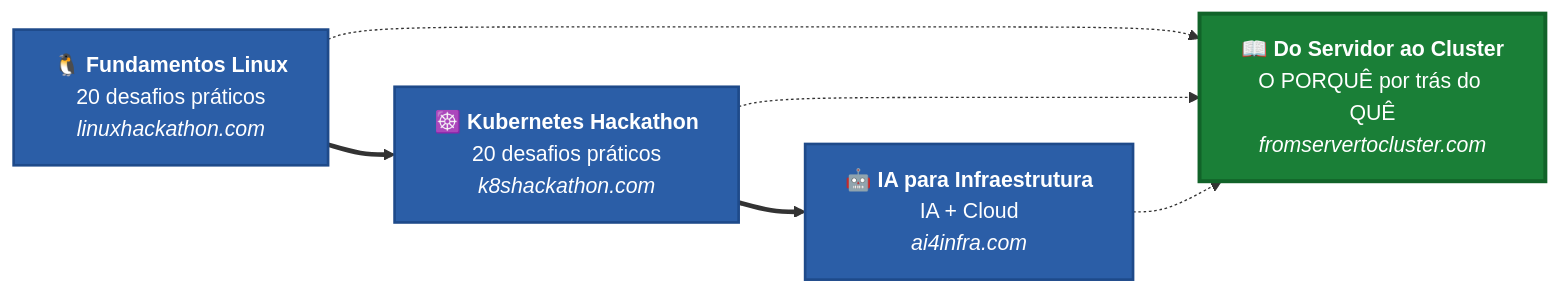
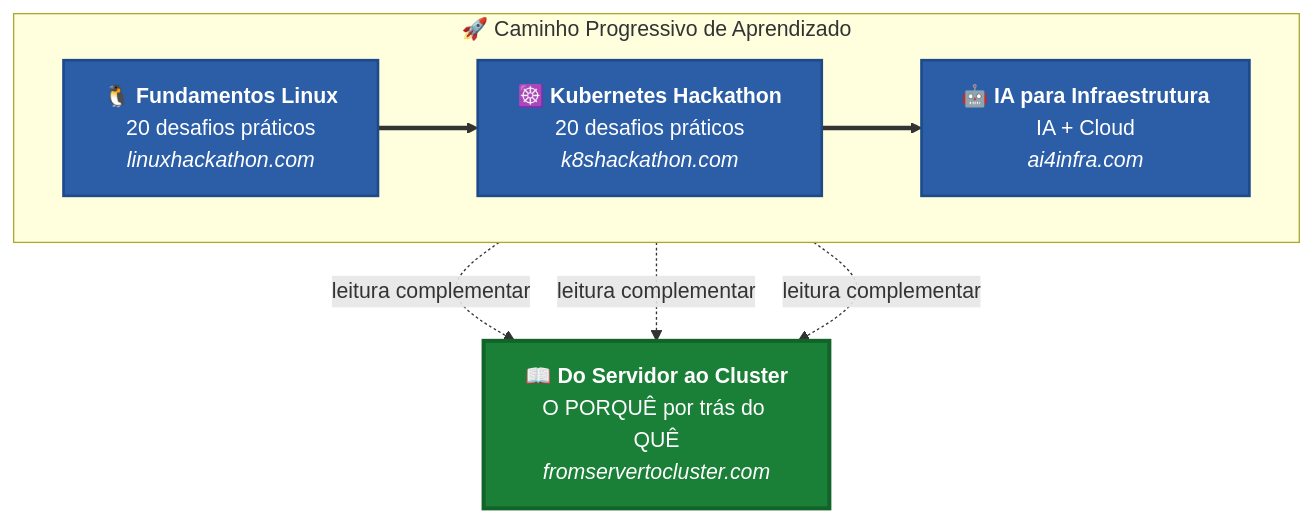
The diagram in README.md (ricmmartins/from-server-to-cluster), drawn with Mermaid before and after one commit.

Commit message:
Redesign Mermaid diagram: horizontal learning path with book below as companion

````diff
--- a/README.md
+++ b/README.md
@@ -61,23 +61,24 @@
 ```mermaid
-flowchart LR
-    A["🐧 <b>Fundamentos Linux</b><br/>20 desafios práticos<br/><i>linuxhackathon.com</i>"]
-    B["☸️ <b>Kubernetes Hackathon</b><br/>20 desafios práticos<br/><i>k8shackathon.com</i>"]
-    C["🤖 <b>IA para Infraestrutura</b><br/>IA + Cloud<br/><i>ai4infra.com</i>"]
+flowchart TB
+    subgraph journey["🚀 Caminho Progressivo de Aprendizado"]
+        direction LR
+        A["🐧 <b>Fundamentos Linux</b><br/>20 desafios práticos<br/><i>linuxhackathon.com</i>"] ==> B["☸️ <b>Kubernetes Hackathon</b><br/>20 desafios práticos<br/><i>k8shackathon.com</i>"] ==> C["🤖 <b>IA para Infraestrutura</b><br/>IA + Cloud<br/><i>ai4infra.com</i>"]
+    end
+
+    A -.->|leitura complementar| D
+    B -.->|leitura complementar| D
+    C -.->|leitura complementar| D
+
     D["📖 <b>Do Servidor ao Cluster</b><br/>O PORQUÊ por trás do QUÊ<br/><i>fromservertocluster.com</i>"]
-
-    A ==> B ==> C
-    A -.-> D
-    B -.-> D
-    C -.-> D
 
     classDef challenge fill:#2b5ea7,stroke:#1e4a8a,color:#fff,stroke-width:2px
     classDef book fill:#1a7f37,stroke:#116329,color:#fff,stroke-width:3px
 
     class A,B,C challenge
     class D book
 
     click A "https://linuxhackathon.com" _blank
     click B "https://k8shackathon.com" _blank
     click C "https://ai4infra.com" _blank
     click D "https://fromservertocluster.com" _blank
 ```
````
